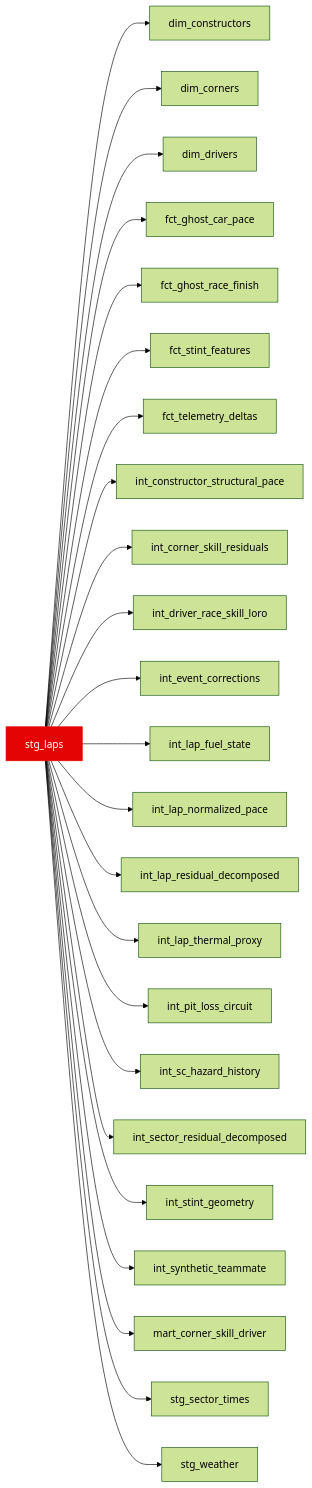
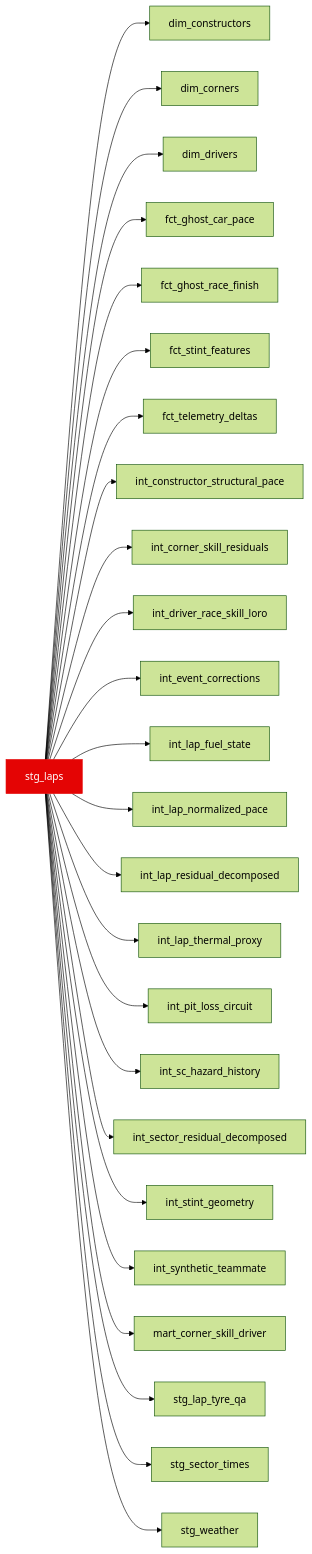
The diagram in docs/reference/models/stg/stg_laps.mdx (JustinClarke/off-the-pace), drawn with Mermaid (forest theme) before and after one commit. The commit also changed other lines of this file and 41 other files, not shown here.

````diff
--- a/docs/reference/models/stg/stg_laps.mdx
+++ b/docs/reference/models/stg/stg_laps.mdx
@@ -15,27 +16,28 @@
 ```mermaid
 flowchart LR
   stg_laps --> dim_constructors
   stg_laps --> dim_corners
   stg_laps --> dim_drivers
   stg_laps --> fct_ghost_car_pace
   stg_laps --> fct_ghost_race_finish
   stg_laps --> fct_stint_features
   stg_laps --> fct_telemetry_deltas
   stg_laps --> int_constructor_structural_pace
   stg_laps --> int_corner_skill_residuals
   stg_laps --> int_driver_race_skill_loro
   stg_laps --> int_event_corrections
   stg_laps --> int_lap_fuel_state
   stg_laps --> int_lap_normalized_pace
   stg_laps --> int_lap_residual_decomposed
   stg_laps --> int_lap_thermal_proxy
   stg_laps --> int_pit_loss_circuit
   stg_laps --> int_sc_hazard_history
   stg_laps --> int_sector_residual_decomposed
   stg_laps --> int_stint_geometry
   stg_laps --> int_synthetic_teammate
   stg_laps --> mart_corner_skill_driver
+  stg_laps --> stg_lap_tyre_qa
   stg_laps --> stg_sector_times
   stg_laps --> stg_weather
   style stg_laps fill:#e40404,stroke:#e40404,color:#fff
 ```
````
